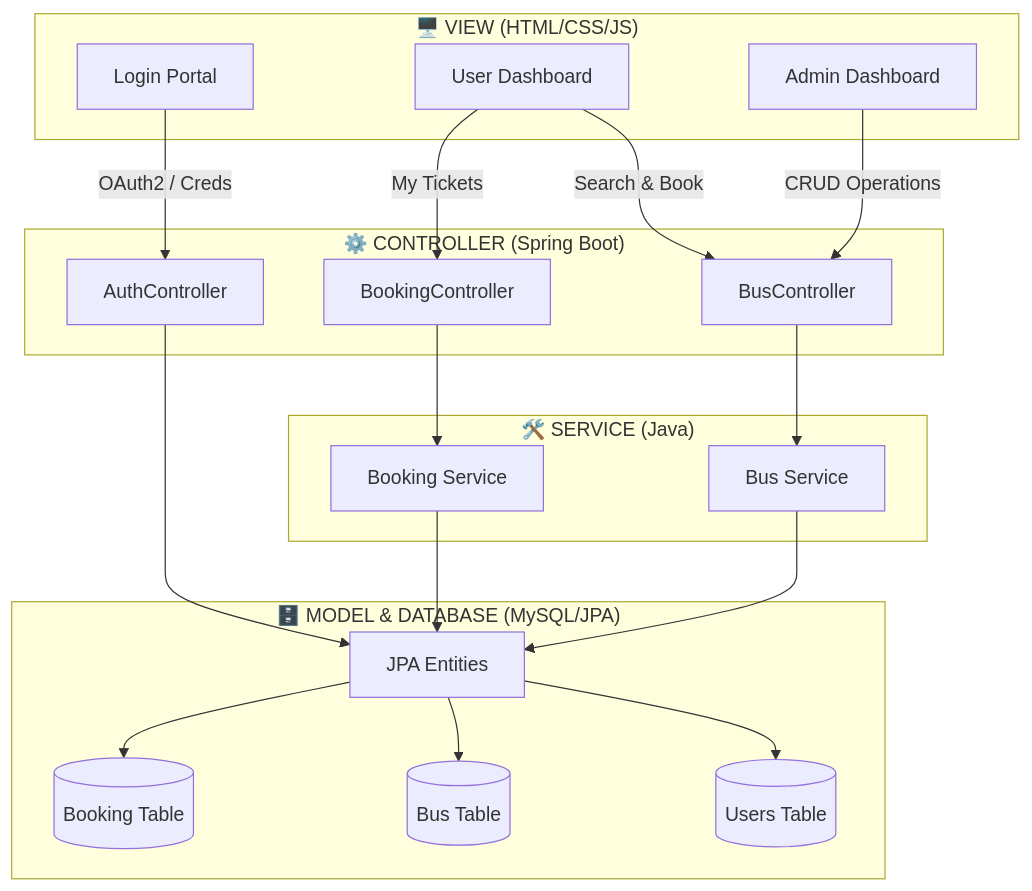
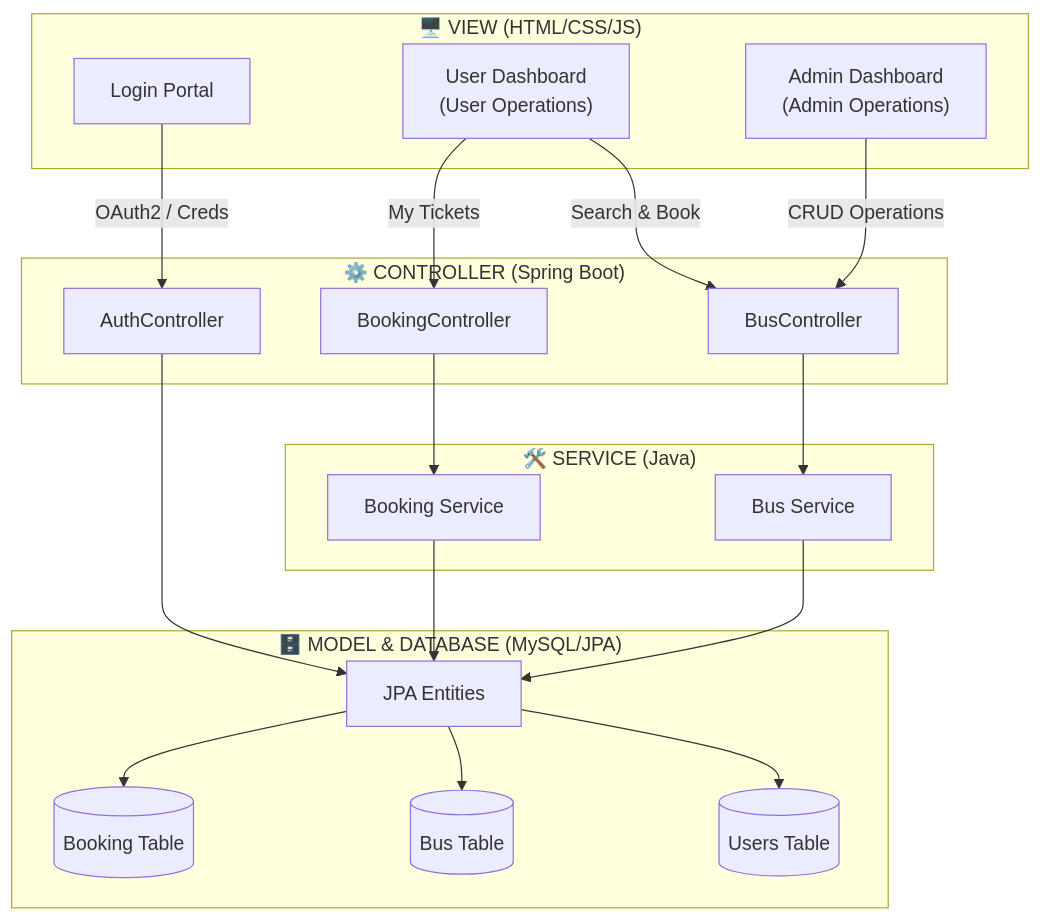
One commit to Gokulraj-N80/Bus-Booking-System changed the diagram in README.md. Above: the diagram before and after it, drawn with Mermaid.

Commit message:
Explicitly mention User and Admin Operations in the Architecture Diagram

````diff
--- a/README.md
+++ b/README.md
@@ -82,47 +82,47 @@
 ```mermaid
 graph TD
     %% Frontend / View Layer
     subgraph View ["🖥️ VIEW (HTML/CSS/JS)"]
         UI_Home[Login Portal]
-        UI_User[User Dashboard]
-        UI_Admin[Admin Dashboard]
+        UI_User["User Dashboard<br/>(User Operations)"]
+        UI_Admin["Admin Dashboard<br/>(Admin Operations)"]
     end
 
     %% Controller Layer
     subgraph Controllers ["⚙️ CONTROLLER (Spring Boot)"]
         Ctrl_Auth[AuthController]
         Ctrl_Bus[BusController]
         Ctrl_Booking[BookingController]
     end
 
     %% Service Layer
     subgraph Services ["🛠️ SERVICE (Java)"]
         Svc_Bus[Bus Service]
         Svc_Book[Booking Service]
     end
 
     %% Model and Database Layer
     subgraph ModelDatabase ["🗄️ MODEL & DATABASE (MySQL/JPA)"]
         Entity[JPA Entities]
         DB_Users[(Users Table)]
         DB_Bus[(Bus Table)]
         DB_Booking[(Booking Table)]
     end
 
     %% Connections
     UI_Home -->|OAuth2 / Creds| Ctrl_Auth
     UI_User -->|Search & Book| Ctrl_Bus
     UI_User -->|My Tickets| Ctrl_Booking
     UI_Admin -->|CRUD Operations| Ctrl_Bus
 
     Ctrl_Auth --> Entity
     Ctrl_Bus --> Svc_Bus
     Ctrl_Booking --> Svc_Book
 
     Svc_Bus --> Entity
     Svc_Book --> Entity
 
     Entity --> DB_Users
     Entity --> DB_Bus
     Entity --> DB_Booking
 ```
````
